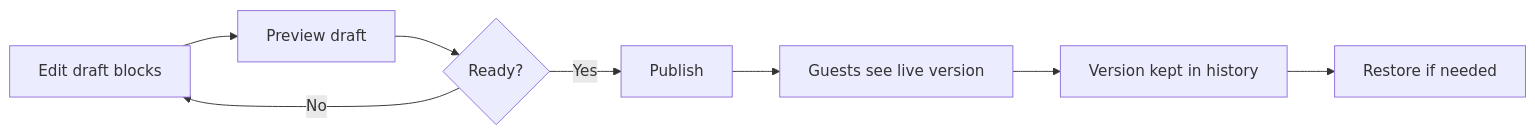
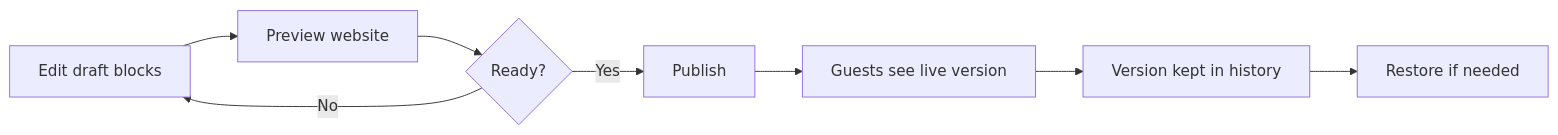
The second of 4 diagrams in docs/qa-product-guide.md (1molehayo/wedding-website-builder), drawn with Mermaid before and after one commit. The commit also changed other lines of this file and 8 other files, not shown here.

````diff
--- a/docs/qa-product-guide.md
+++ b/docs/qa-product-guide.md
@@ -163,10 +165,10 @@
 ```mermaid
 flowchart LR
-  Edit["Edit draft blocks"] --> Preview["Preview draft"]
+  Edit["Edit draft blocks"] --> Preview["Preview website"]
   Preview --> Decision{"Ready?"}
   Decision -->|No| Edit
   Decision -->|Yes| Publish["Publish"]
   Publish --> Live["Guests see live version"]
   Live --> History["Version kept in history"]
   History --> Restore["Restore if needed"]
 ```
````
